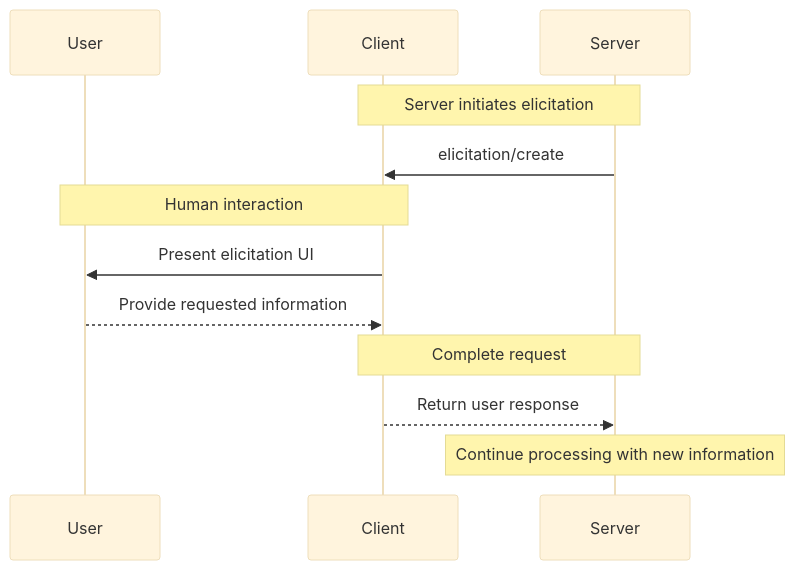
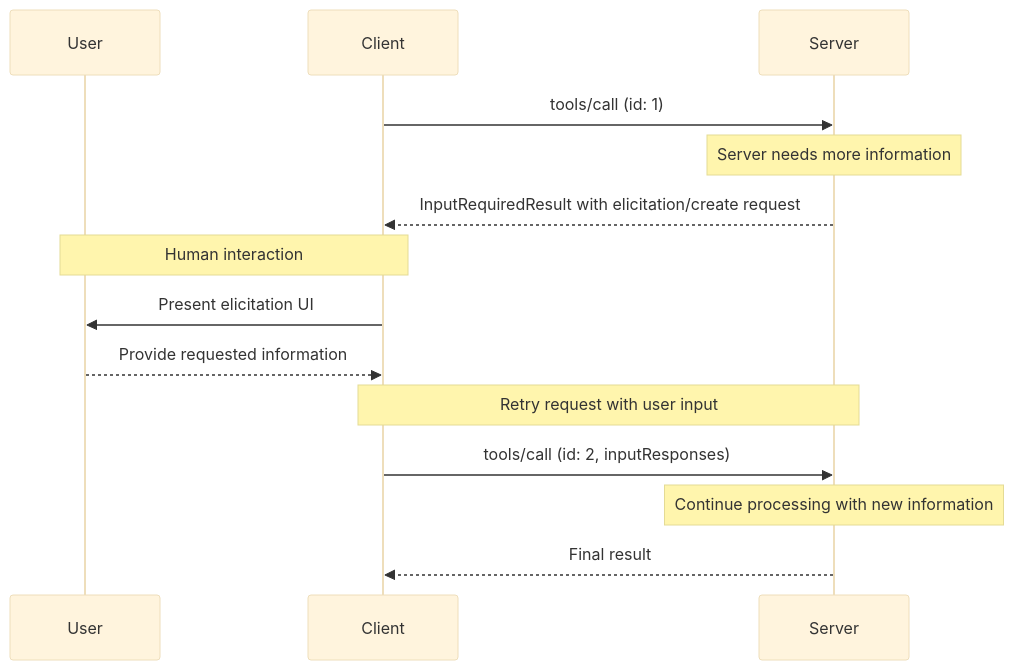
Before and after one commit to thevibeworks/claude-code-docs: the first of 2 diagrams in content/mcp/docs/learn/client-concepts.md, drawn with Mermaid (base theme). The commit also changed other lines of this file and 1810 other files, not shown here.

````diff
--- a/content/mcp/docs/learn/client-concepts.md
+++ b/content/mcp/docs/learn/client-concepts.md
@@ -31,18 +38,20 @@
 ```mermaid theme={null}
 sequenceDiagram
     participant User
     participant Client
     participant Server
 
-    Note over Server,Client: Server initiates elicitation
-    Server->>Client: elicitation/create
+    Client->>Server: tools/call (id: 1)
+    Note over Server: Server needs more information
+    Server-->>Client: InputRequiredResult with elicitation/create request
 
     Note over Client,User: Human interaction
     Client->>User: Present elicitation UI
     User-->>Client: Provide requested information
 
-    Note over Server,Client: Complete request
-    Client-->>Server: Return user response
+    Note over Client,Server: Retry request with user input
+    Client->>Server: tools/call (id: 2, inputResponses)
 
     Note over Server: Continue processing with new information
+    Server-->>Client: Final result
 ```
````
